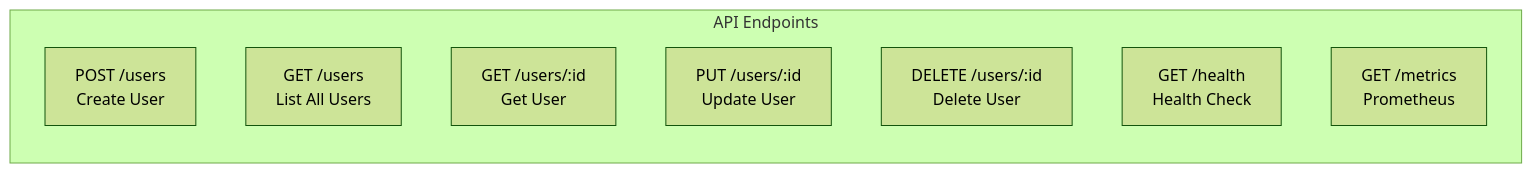
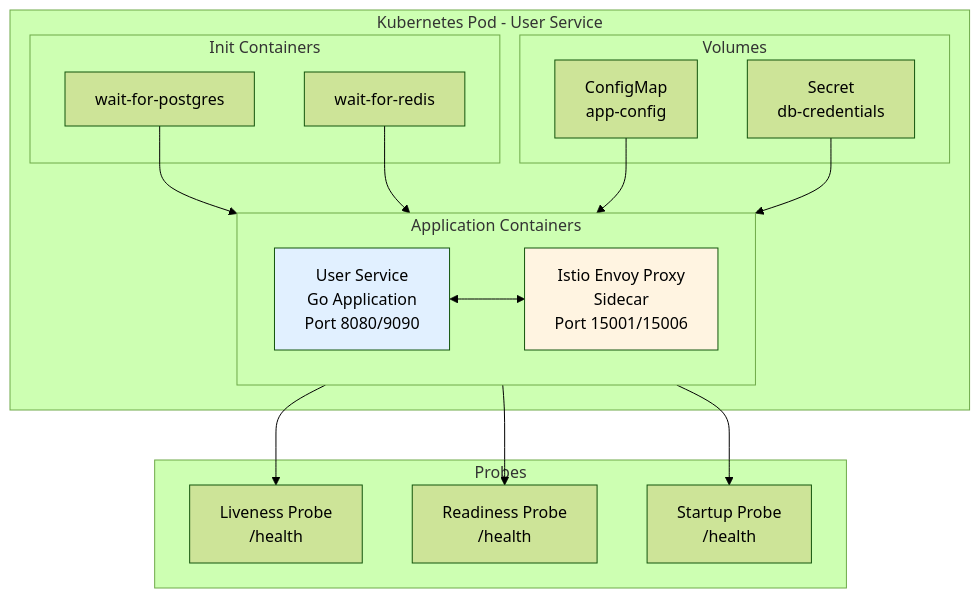
One commit to tiraten-bot/Full-Observability changed the tenth of 28 diagrams in README.md. Above: the diagram before and after it, drawn with Mermaid (forest theme). The commit also changed other lines of this file and 11 other files, not shown here.

Commit message:
refactor: overhaul README.md to enhance clarity and detail, including architecture diagrams, service responsibilities, and observability stack; remove outdated kubectl commands and namespace configurations from k8s directory to streamline setup process

````diff
--- a/README.md
+++ b/README.md
@@ -193,12 +359,39 @@
 ```mermaid
-graph LR
-    subgraph "API Endpoints"
-        E1[POST /users<br/>Create User]
-        E2[GET /users<br/>List All Users]
-        E3[GET /users/:id<br/>Get User]
-        E4[PUT /users/:id<br/>Update User]
-        E5[DELETE /users/:id<br/>Delete User]
-        E6[GET /health<br/>Health Check]
-        E7[GET /metrics<br/>Prometheus]
+graph TB
+    subgraph "Kubernetes Pod - User Service"
+        subgraph "Init Containers"
+            I1[wait-for-postgres]
+            I2[wait-for-redis]
+        end
+        
+        subgraph "Application Containers"
+            direction LR
+            AC[User Service<br/>Go Application<br/>Port 8080/9090]
+            EP[Istio Envoy Proxy<br/>Sidecar<br/>Port 15001/15006]
+        end
+        
+        subgraph "Volumes"
+            CM[ConfigMap<br/>app-config]
+            SEC[Secret<br/>db-credentials]
+        end
+        
+        I1 --> AC
+        I2 --> AC
+        AC <--> EP
+        CM --> AC
+        SEC --> AC
     end
+    
+    subgraph "Probes"
+        LP[Liveness Probe<br/>/health]
+        RP[Readiness Probe<br/>/health]
+        SP[Startup Probe<br/>/health]
+    end
+    
+    AC --> LP
+    AC --> RP
+    AC --> SP
+    
+    style EP fill:#fff4e1
+    style AC fill:#e1f0ff
 ```
````
